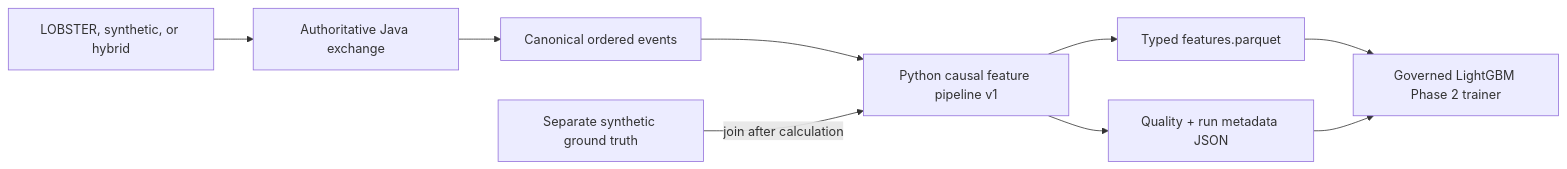
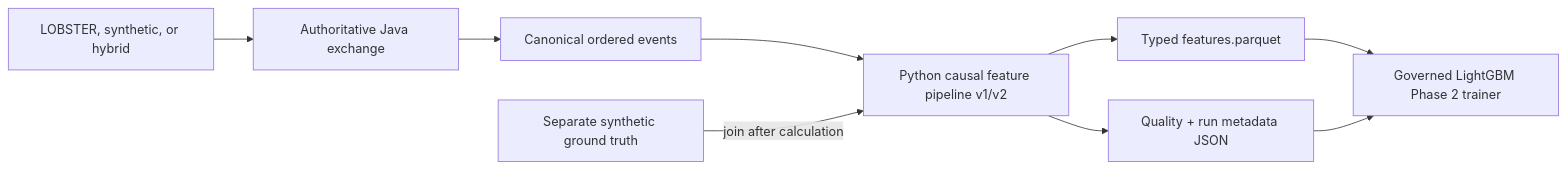
One commit to khab40/lob-arena changed the diagram in docs/feature-engineering-lightgbm.md. Above: the diagram before and after it, drawn with Mermaid. The commit also changed other lines of this file and 34 other files, not shown here.

Commit message:
feat(ml): add governed float32 feature schema v2

````diff
--- a/docs/feature-engineering-lightgbm.md
+++ b/docs/feature-engineering-lightgbm.md
@@ -20,20 +20,20 @@
 ```mermaid
 graph LR
     Source["LOBSTER, synthetic, or hybrid"]
     Java["Authoritative Java exchange"]
     Events["Canonical ordered events"]
-    Features["Python causal feature pipeline v1"]
+    Features["Python causal feature pipeline v1/v2"]
     Labels["Separate synthetic ground truth"]
     Parquet["Typed features.parquet"]
     Quality["Quality + run metadata JSON"]
     Trainer["Governed LightGBM Phase 2 trainer"]
 
     Source --> Java
     Java --> Events
     Events --> Features
     Labels -->|"join after calculation"| Features
     Features --> Parquet
     Features --> Quality
     Parquet --> Trainer
     Quality --> Trainer
 ```
````
